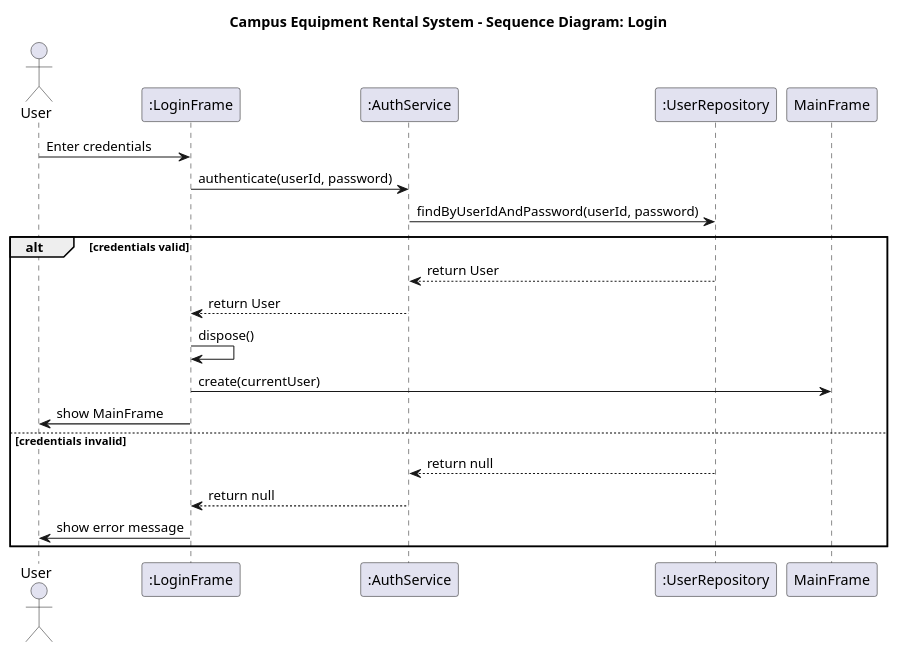
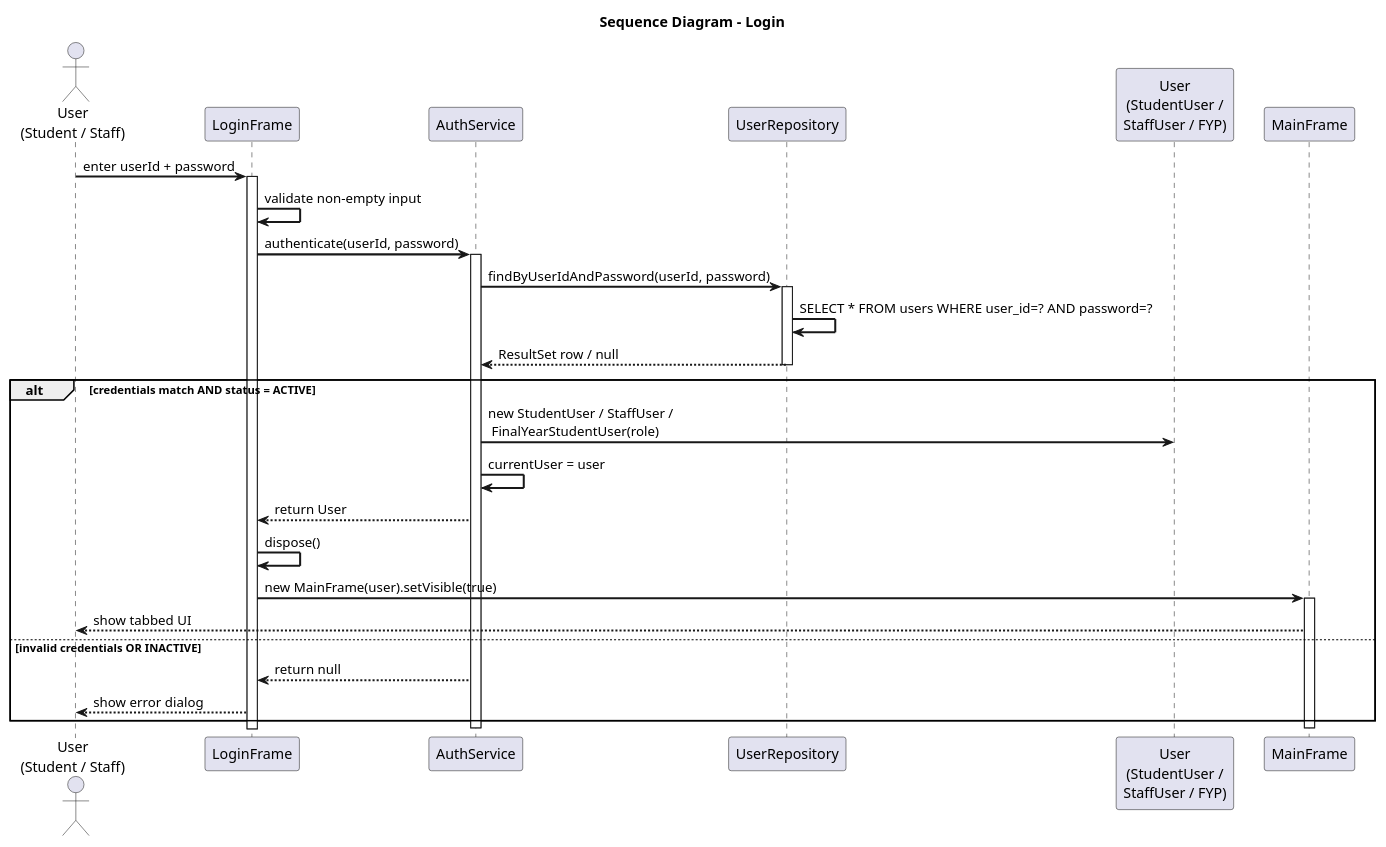
Before and after one commit to rain-0921/EquipmentRental_project: the diagram in docs/seq_login.puml, drawn with PlantUML. The commit also changed 9 other files, not shown here.

```diff
--- a/docs/seq_login.puml
+++ b/docs/seq_login.puml
@@ -1,25 +1,43 @@
-@startuml
+@startuml seq_login
 
-title Campus Equipment Rental System - Sequence Diagram: Login
+title Sequence Diagram - Login
 
-actor User
-participant ":LoginFrame" as LoginUI
-participant ":AuthService" as AuthSvc
-participant ":UserRepository" as UserRepo
+skinparam sequenceArrowThickness 2
+skinparam BoxPadding 10
+skinparam ParticipantPadding 10
 
-User -> LoginUI: Enter credentials
-LoginUI -> AuthSvc: authenticate(userId, password)
-AuthSvc -> UserRepo: findByUserIdAndPassword(userId, password)
-alt credentials valid
-  UserRepo --> AuthSvc: return User
-  AuthSvc --> LoginUI: return User
-  LoginUI -> LoginUI: dispose()
-  LoginUI -> MainFrame: create(currentUser)
-  LoginUI -> User: show MainFrame
-else credentials invalid
-  UserRepo --> AuthSvc: return null
-  AuthSvc --> LoginUI: return null
-  LoginUI -> User: show error message
+actor "User\n(Student / Staff)" as U
+participant "LoginFrame" as LF
+participant "AuthService" as AS
+participant "UserRepository" as UR
+participant "User\n(StudentUser /\nStaffUser / FYP)" as USR
+participant "MainFrame" as MF
+
+U -> LF : enter userId + password
+activate LF
+LF -> LF : validate non-empty input
+LF -> AS : authenticate(userId, password)
+activate AS
+AS -> UR : findByUserIdAndPassword(userId, password)
+activate UR
+UR -> UR : SELECT * FROM users WHERE user_id=? AND password=?
+UR --> AS : ResultSet row / null
+deactivate UR
+
+alt credentials match AND status = ACTIVE
+  AS -> USR : new StudentUser / StaffUser /\n FinalYearStudentUser(role)
+  AS -> AS : currentUser = user
+  AS --> LF : return User
+  LF -> LF : dispose()
+  LF -> MF : new MainFrame(user).setVisible(true)
+  activate MF
+  MF --> U : show tabbed UI
+else invalid credentials OR INACTIVE
+  AS --> LF : return null
+  LF --> U : show error dialog
 end
 
+deactivate AS
+deactivate MF
+
 @enduml
```
